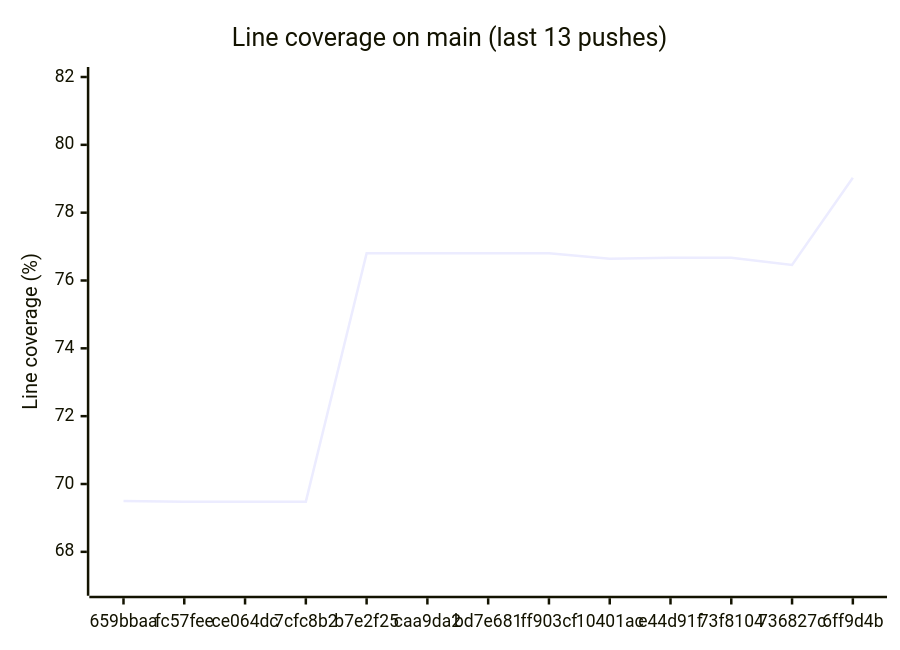
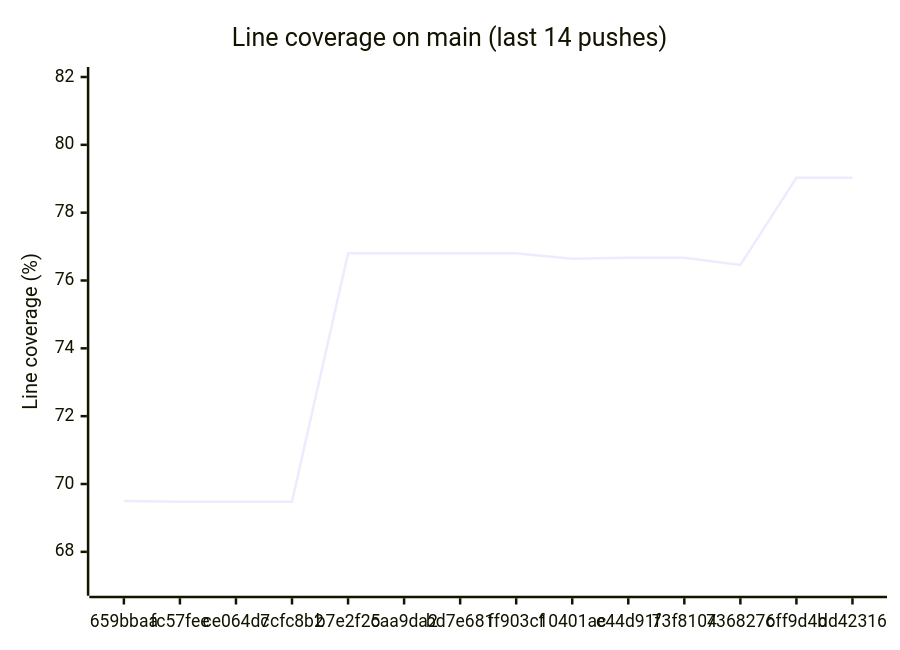
Before and after one commit to enaweg/godot-epluginframework: the diagram in README.md, drawn with Mermaid. The commit also changed other lines of this file and 2 other files, not shown here.

Commit message:
chore: record coverage of dd42316

````diff
--- a/README.md
+++ b/README.md
@@ -9,7 +9,7 @@
 ```mermaid
 xychart-beta
-    title "Line coverage on main (last 13 pushes)"
-    x-axis ["659bbaa", "fc57fee", "ce064dc", "7cfc8b2", "b7e2f25", "caa9da2", "bd7e681", "ff903cf", "10401ac", "e44d91f", "73f8104", "736827c", "6ff9d4b"]
+    title "Line coverage on main (last 14 pushes)"
+    x-axis ["659bbaa", "fc57fee", "ce064dc", "7cfc8b2", "b7e2f25", "caa9da2", "bd7e681", "ff903cf", "10401ac", "e44d91f", "73f8104", "736827c", "6ff9d4b", "dd42316"]
     y-axis "Line coverage (%)" 67 --> 82
-    line [69.50, 69.48, 69.48, 69.48, 76.80, 76.80, 76.80, 76.80, 76.64, 76.67, 76.67, 76.46, 79.03]
+    line [69.50, 69.48, 69.48, 69.48, 76.80, 76.80, 76.80, 76.80, 76.64, 76.67, 76.67, 76.46, 79.03, 79.03]
 ```
````
